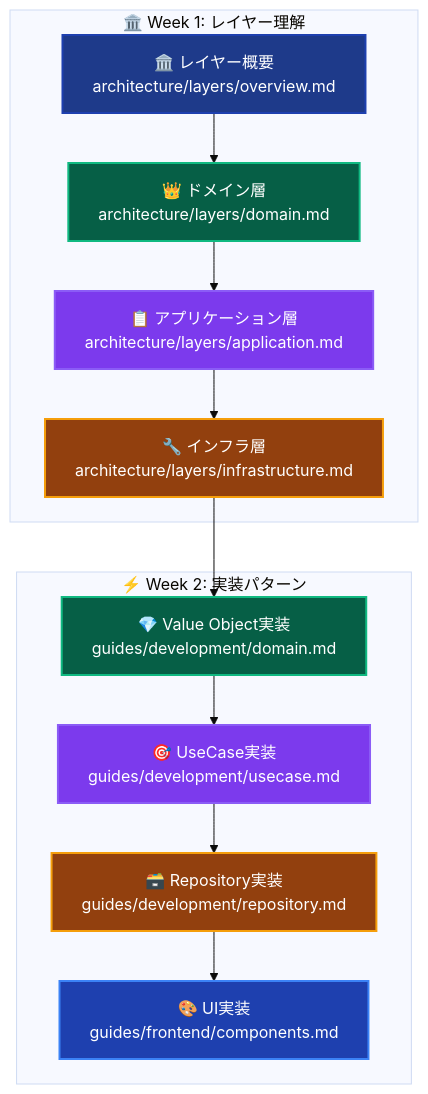
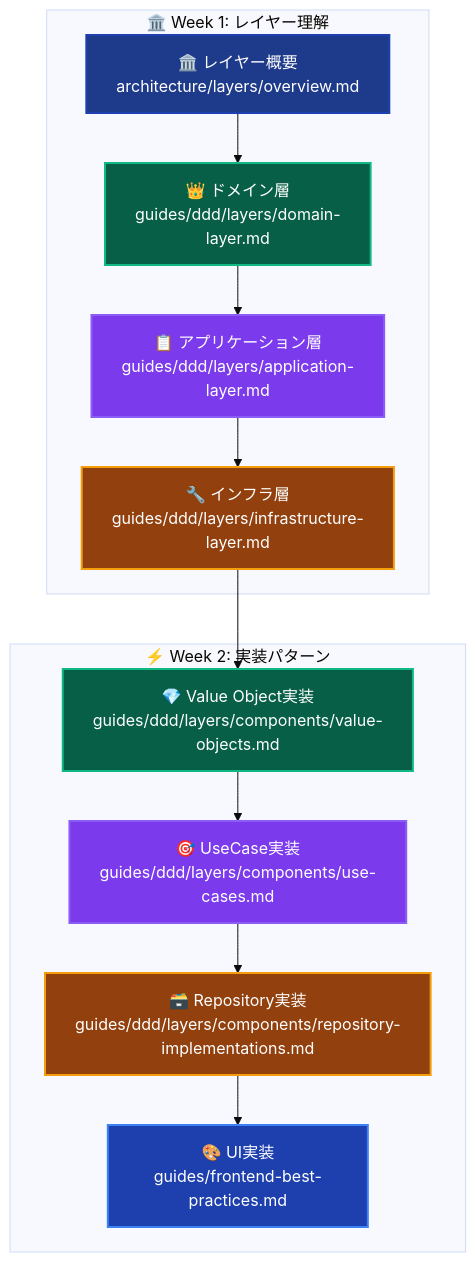
The third of 6 diagrams in _DOCS/README.md (derushio/d-next-ddd-example), drawn with Mermaid (base theme) before and after one commit. The commit also changed other lines of this file and 102 other files, not shown here.

````diff
--- a/_DOCS/README.md
+++ b/_DOCS/README.md
@@ -215,27 +227,27 @@
 ```mermaid
 graph TB
     subgraph "🏛️ Week 1: レイヤー理解"
         C1[🏛️ レイヤー概要<br/>architecture/layers/overview.md]
-        C2[👑 ドメイン層<br/>architecture/layers/domain.md]
-        C3[📋 アプリケーション層<br/>architecture/layers/application.md]
-        C4[🔧 インフラ層<br/>architecture/layers/infrastructure.md]
+        C2[👑 ドメイン層<br/>guides/ddd/layers/domain-layer.md]
+        C3[📋 アプリケーション層<br/>guides/ddd/layers/application-layer.md]
+        C4[🔧 インフラ層<br/>guides/ddd/layers/infrastructure-layer.md]
     end
 
     subgraph "⚡ Week 2: 実装パターン"
-        D1[💎 Value Object実装<br/>guides/development/domain.md]
-        D2[🎯 UseCase実装<br/>guides/development/usecase.md]
-        D3[🗃️ Repository実装<br/>guides/development/repository.md]
-        D4[🎨 UI実装<br/>guides/frontend/components.md]
+        D1[💎 Value Object実装<br/>guides/ddd/layers/components/value-objects.md]
+        D2[🎯 UseCase実装<br/>guides/ddd/layers/components/use-cases.md]
+        D3[🗃️ Repository実装<br/>guides/ddd/layers/components/repository-implementations.md]
+        D4[🎨 UI実装<br/>guides/frontend-best-practices.md]
     end
 
     C1 --> C2 --> C3 --> C4 --> D1 --> D2 --> D3 --> D4
 
     style C1 fill:#1e3a8a,stroke:#1e40af,stroke-width:2px,color:#ffffff
     style C2 fill:#065f46,stroke:#10b981,stroke-width:2px,color:#ffffff
     style C3 fill:#7c3aed,stroke:#8b5cf6,stroke-width:2px,color:#ffffff
     style C4 fill:#92400e,stroke:#f59e0b,stroke-width:2px,color:#ffffff
     style D1 fill:#065f46,stroke:#10b981,stroke-width:2px,color:#ffffff
     style D2 fill:#7c3aed,stroke:#8b5cf6,stroke-width:2px,color:#ffffff
     style D3 fill:#92400e,stroke:#f59e0b,stroke-width:2px,color:#ffffff
     style D4 fill:#1e40af,stroke:#3b82f6,stroke-width:2px,color:#ffffff
 ```
````
